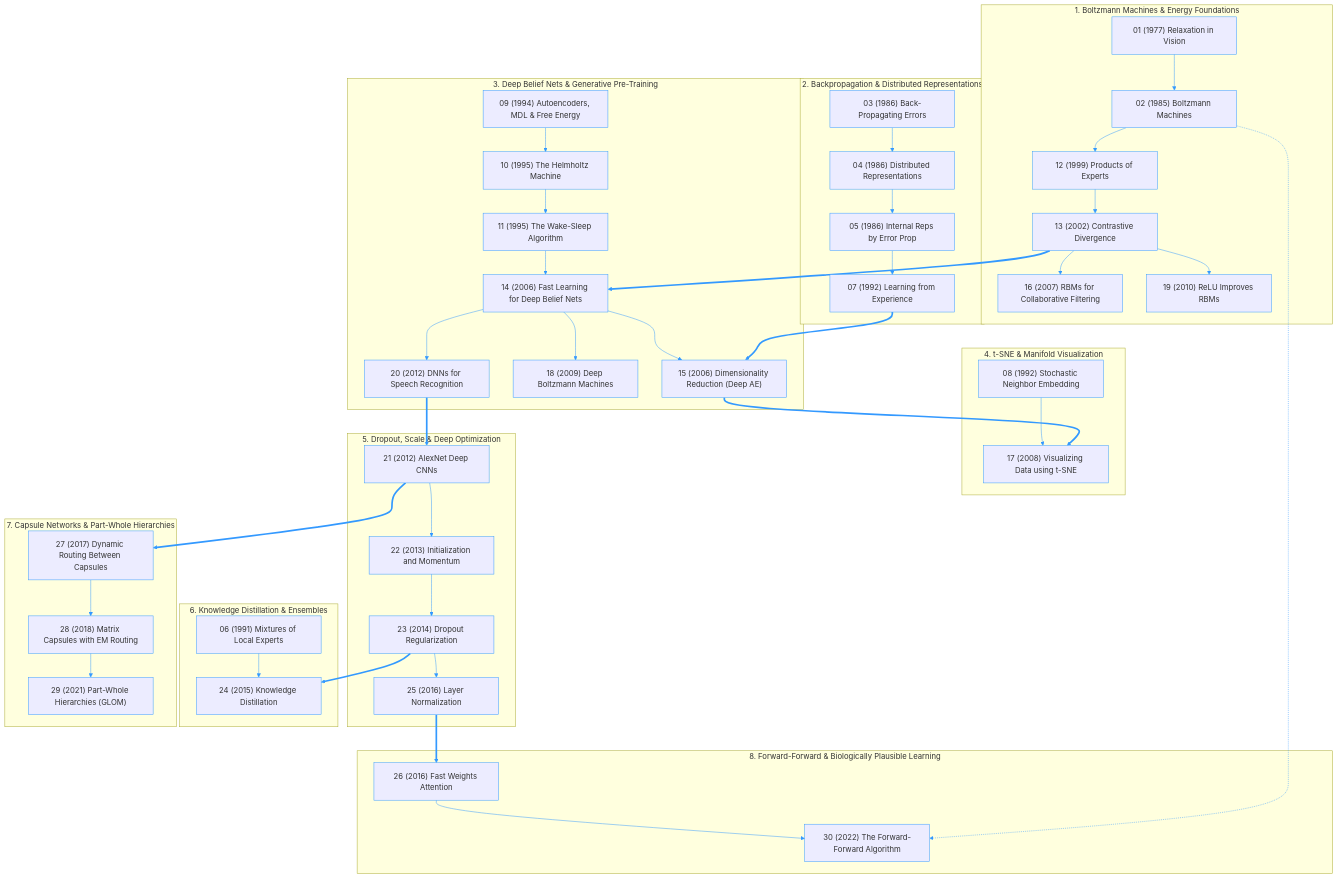
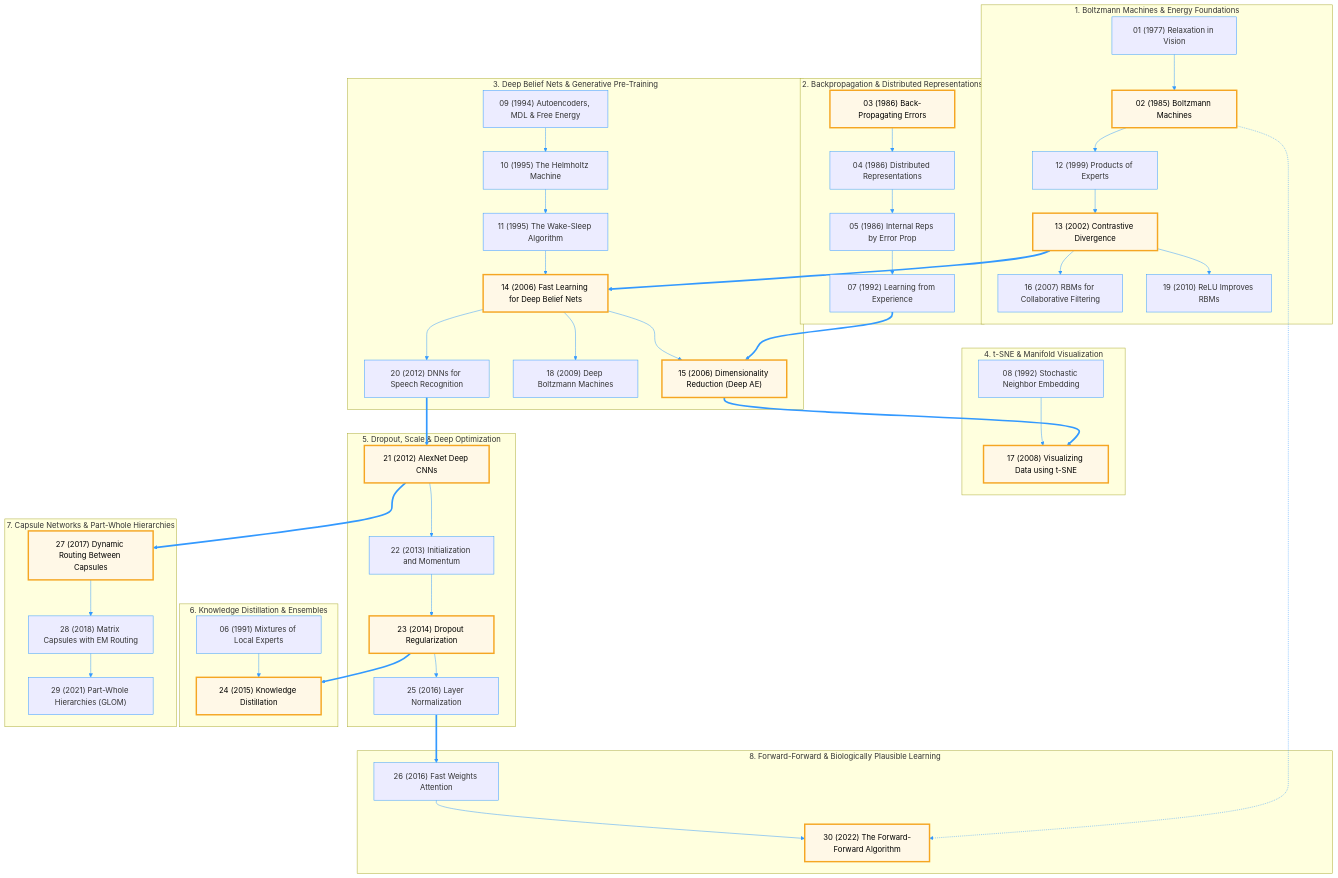
The diagram in README.md (sntsuakipe/MOHAMMEDFAHD-Geoffrey-Hinton-Papers-Replicating-In-Pytorch), drawn with Mermaid before and after one commit. The commit also changed other lines of this file, not shown here.

Commit message:
Update README with learning path milestones

````diff
--- a/README.md
+++ b/README.md
@@ -112,4 +112,7 @@
     click P28 "./Matrix_Capsules_with_EM_Routing.ipynb"
     click P29 "./How_to_Represent_Part_Whole_Hierarchies_in_a_Neural_Network.ipynb"
     click P30 "./The_Forward_Forward_Algorithm_Some_Preliminary_Investigations.ipynb"
+%% Highlight the 11 Recommended Learning Path Milestones
+    classDef learningPath stroke:#f5a623,stroke-width:3px,color:#000,fill:#fff8e7
+    class P03,P02,P13,P14,P15,P17,P21,P23,P24,P27,P30 learningPath
 ```
````
